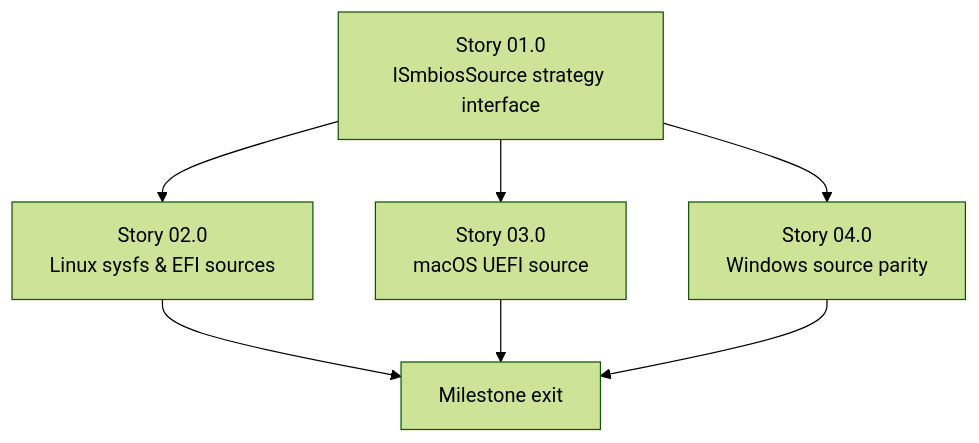
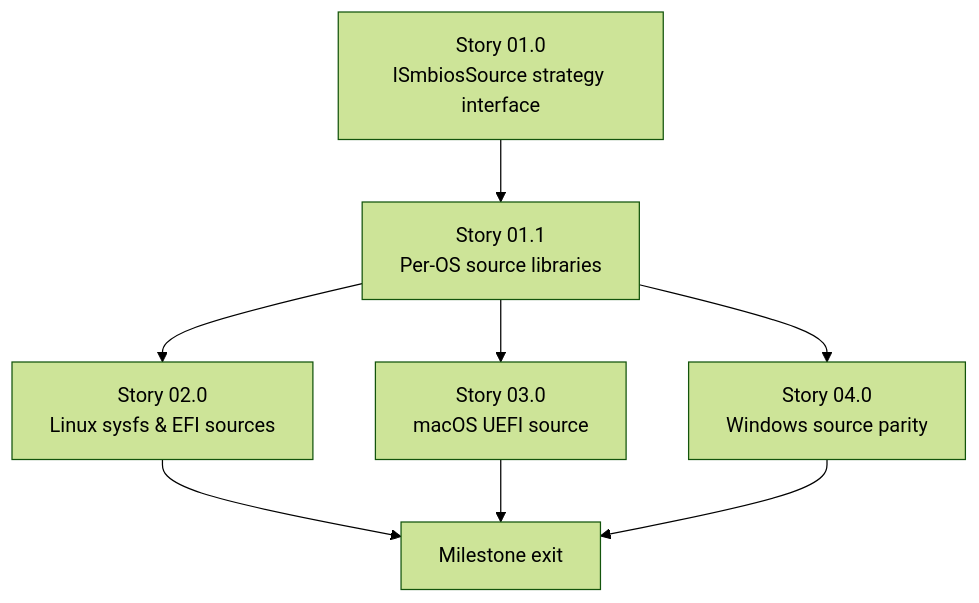
One commit to yuchdev/SmbiosUtil changed the diagram in docs/roadmap/0005-uefi-and-native-source-abstraction/plan.md. Above: the diagram before and after it, drawn with Mermaid (forest theme). The commit also changed other lines of this file and 16 other files, not shown here.

````diff
--- a/docs/roadmap/0005-uefi-and-native-source-abstraction/plan.md
+++ b/docs/roadmap/0005-uefi-and-native-source-abstraction/plan.md
@@ -179,9 +224,10 @@
 ```mermaid
 flowchart TD
-    A["Story 01.0<br/>ISmbiosSource strategy interface"] --> B["Story 02.0<br/>Linux sysfs & EFI sources"]
-    A --> C["Story 03.0<br/>macOS UEFI source"]
-    A --> D["Story 04.0<br/>Windows source parity"]
+    A["Story 01.0<br/>ISmbiosSource strategy interface"] --> A1["Story 01.1<br/>Per-OS source libraries"]
+    A1 --> B["Story 02.0<br/>Linux sysfs & EFI sources"]
+    A1 --> C["Story 03.0<br/>macOS UEFI source"]
+    A1 --> D["Story 04.0<br/>Windows source parity"]
     B --> M["Milestone exit"]
     C --> M
     D --> M
 ```
````
